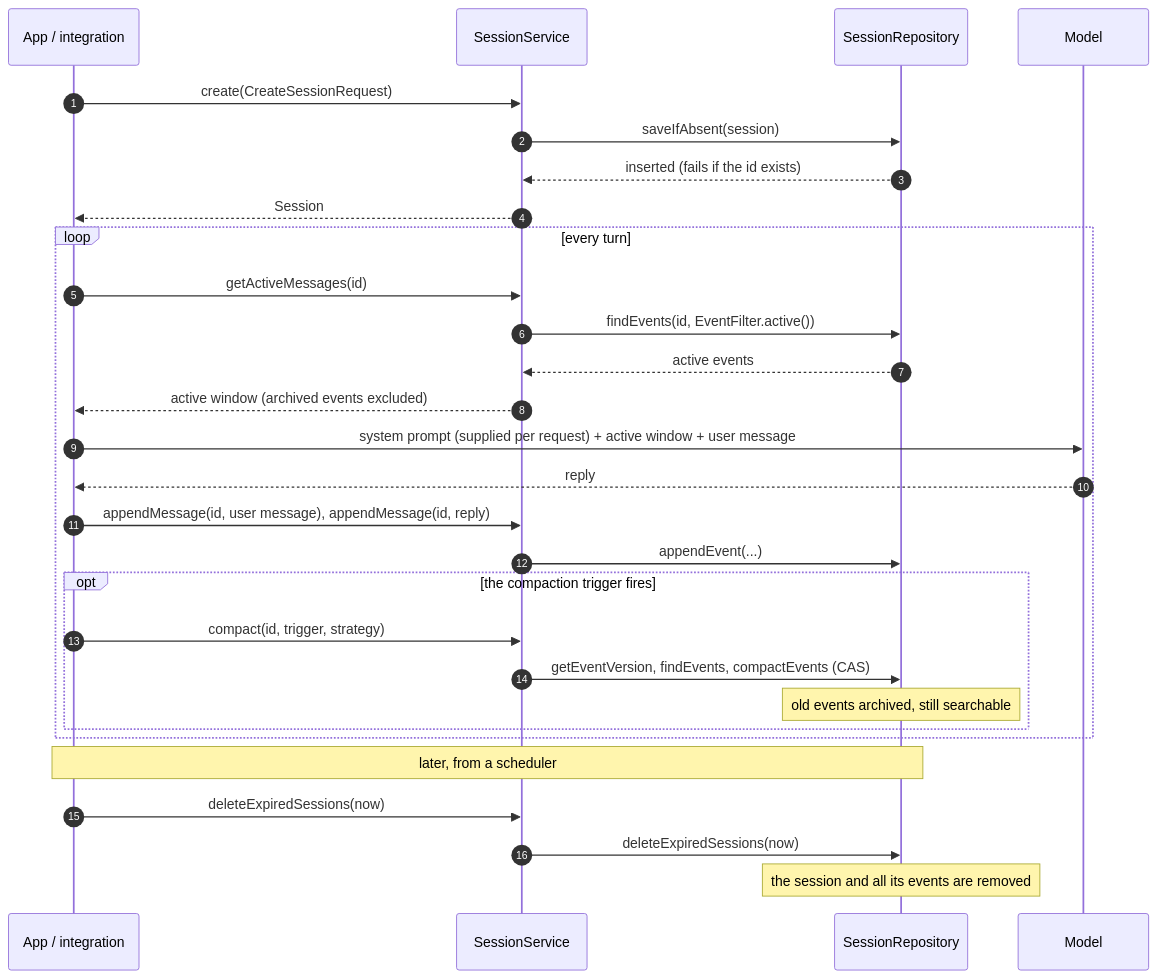
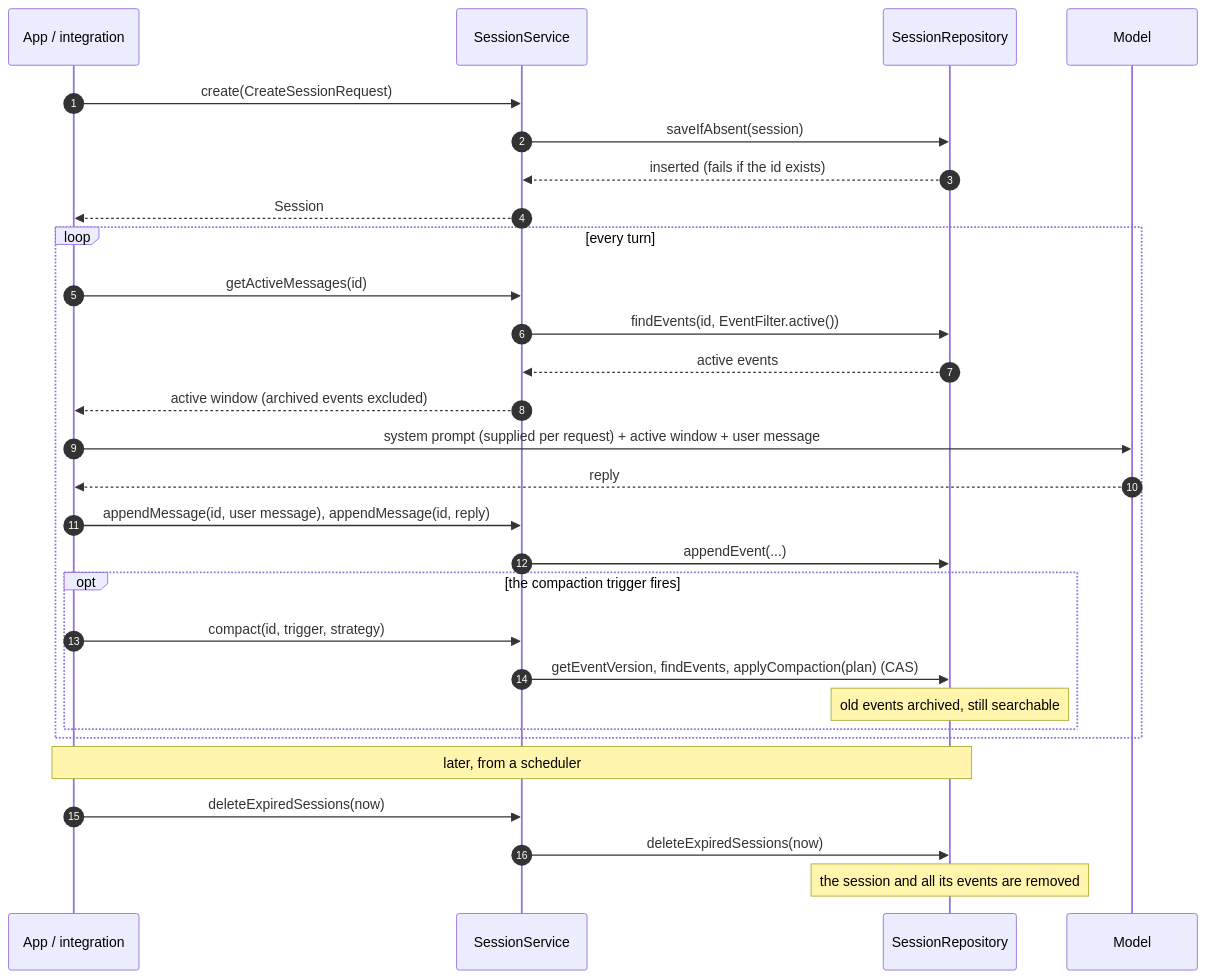
One commit to spring-ai-community/spring-ai-session changed the third of 3 diagrams in docs/session-management/concepts.md. Above: the diagram before and after it, drawn with Mermaid. The commit also changed other lines of this file and 31 other files, not shown here.

````diff
--- a/docs/session-management/concepts.md
+++ b/docs/session-management/concepts.md
@@ -335,34 +396,34 @@
 ```mermaid
 sequenceDiagram
     autonumber
     participant App as App / integration
     participant Svc as SessionService
     participant Repo as SessionRepository
     participant LLM as Model
 
     App->>Svc: create(CreateSessionRequest)
     Svc->>Repo: saveIfAbsent(session)
     Repo-->>Svc: inserted (fails if the id exists)
     Svc-->>App: Session
 
     loop every turn
         App->>Svc: getActiveMessages(id)
         Svc->>Repo: findEvents(id, EventFilter.active())
         Repo-->>Svc: active events
         Svc-->>App: active window (archived events excluded)
         App->>LLM: system prompt (supplied per request) + active window + user message
         LLM-->>App: reply
         App->>Svc: appendMessage(id, user message), appendMessage(id, reply)
         Svc->>Repo: appendEvent(...)
         opt the compaction trigger fires
             App->>Svc: compact(id, trigger, strategy)
-            Svc->>Repo: getEventVersion, findEvents, compactEvents (CAS)
+            Svc->>Repo: getEventVersion, findEvents, applyCompaction(plan) (CAS)
             Note over Repo: old events archived, still searchable
         end
     end
 
     Note over App,Repo: later, from a scheduler
     App->>Svc: deleteExpiredSessions(now)
     Svc->>Repo: deleteExpiredSessions(now)
     Note over Repo: the session and all its events are removed
 ```
````
